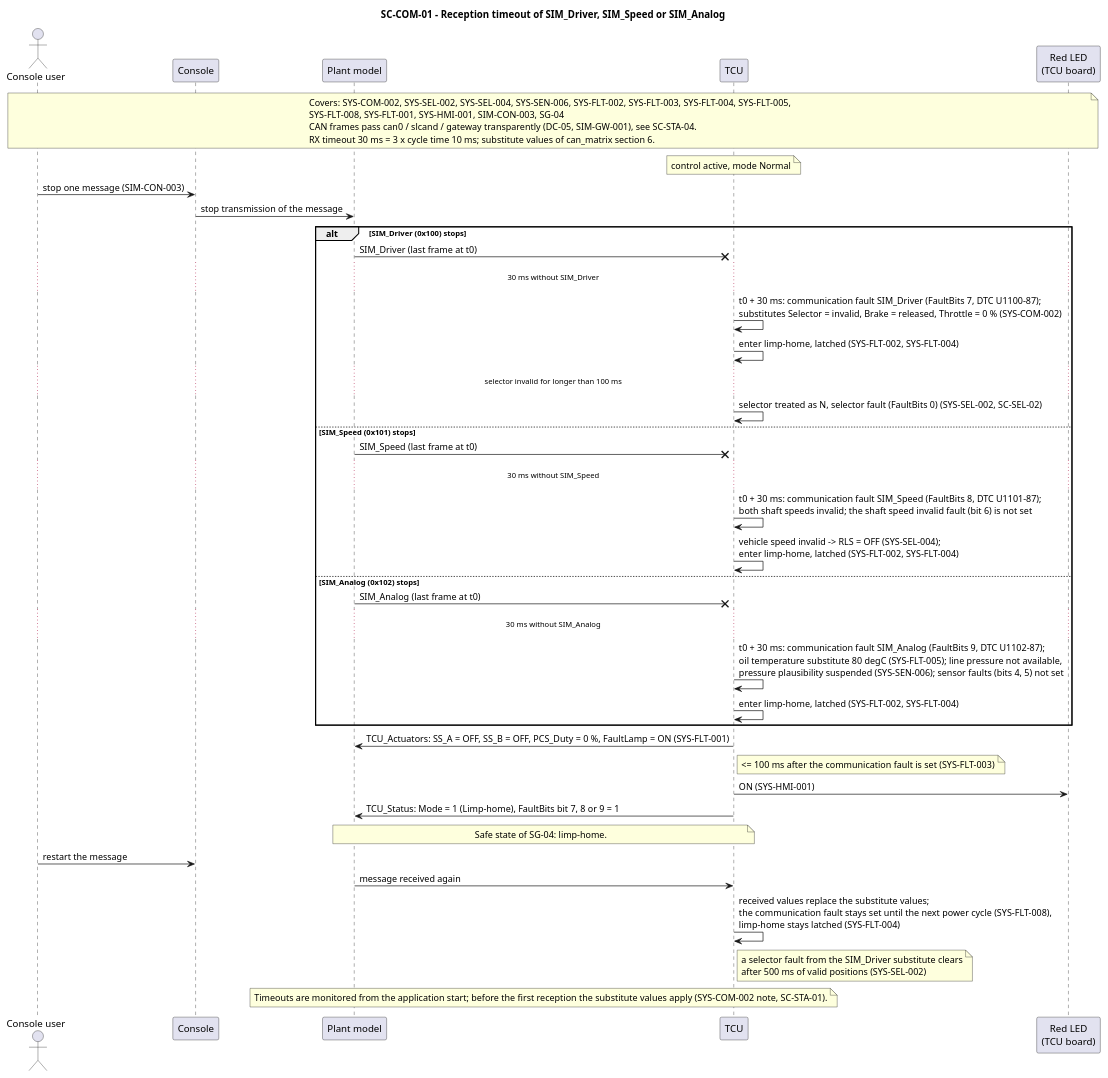
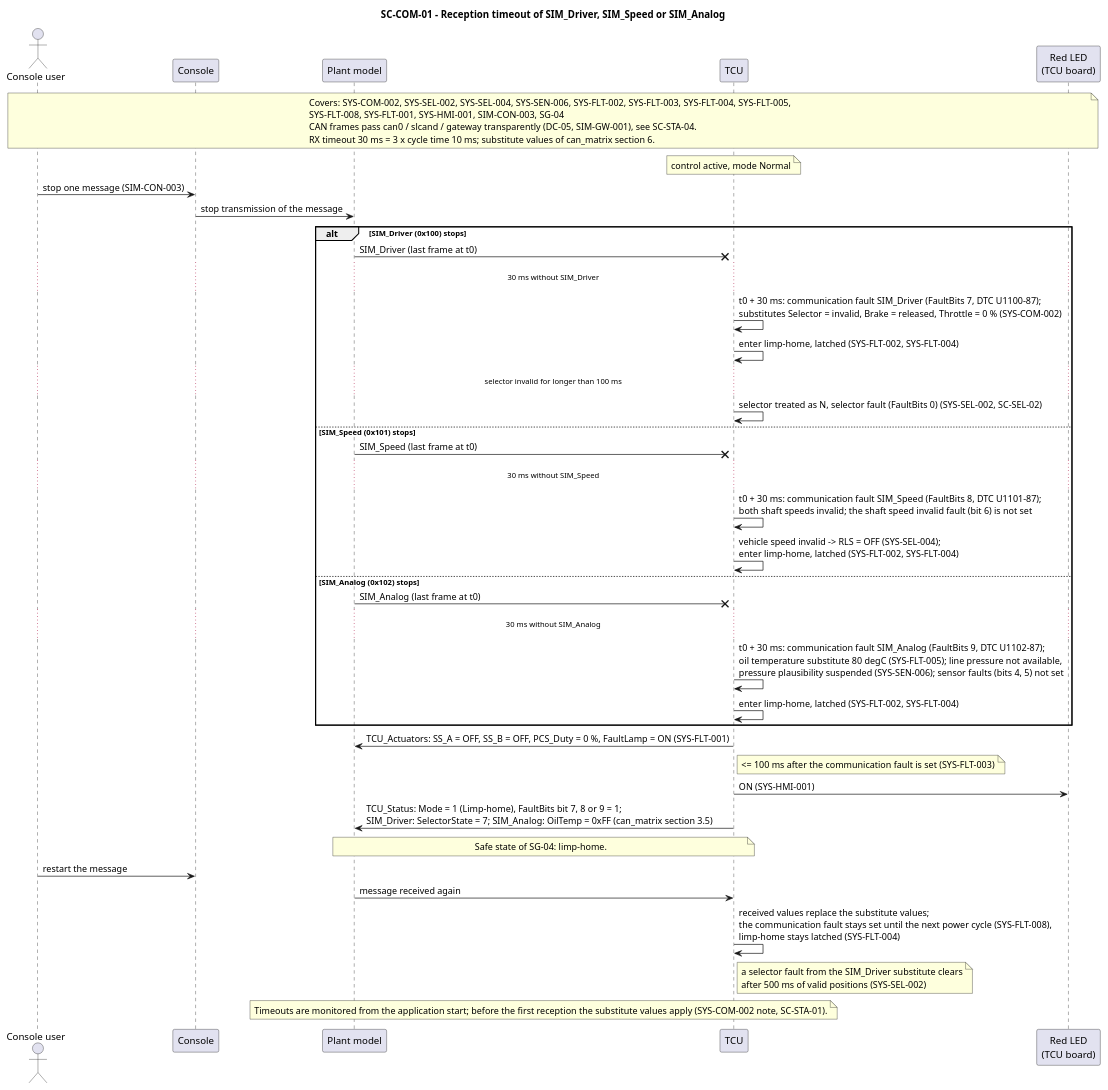
One commit to cavoidcodon/xAT changed the diagram in docs/architecture/system/diagrams/seq_com_rx_timeout.puml. Above: the diagram before and after it, drawn with PlantUML. The commit also changed 16 other files, not shown here.

```diff
--- a/docs/architecture/system/diagrams/seq_com_rx_timeout.puml
+++ b/docs/architecture/system/diagrams/seq_com_rx_timeout.puml
@@ -1,52 +1,52 @@
 @startuml seq_com_rx_timeout
 title SC-COM-01 - Reception timeout of SIM_Driver, SIM_Speed or SIM_Analog
 
 actor "Console user" as User
 participant "Console" as Console
 participant "Plant model" as Plant
 participant "TCU" as TCU
 participant "Red LED\n(TCU board)" as LED
 
 note over User, LED
 Covers: SYS-COM-002, SYS-SEL-002, SYS-SEL-004, SYS-SEN-006, SYS-FLT-002, SYS-FLT-003, SYS-FLT-004, SYS-FLT-005,
 SYS-FLT-008, SYS-FLT-001, SYS-HMI-001, SIM-CON-003, SG-04
 CAN frames pass can0 / slcand / gateway transparently (DC-05, SIM-GW-001), see SC-STA-04.
 RX timeout 30 ms = 3 x cycle time 10 ms; substitute values of can_matrix section 6.
 end note
 
 note over TCU: control active, mode Normal
 User -> Console : stop one message (SIM-CON-003)
 Console -> Plant : stop transmission of the message
 
 alt SIM_Driver (0x100) stops
   Plant ->x TCU : SIM_Driver (last frame at t0)
   ... 30 ms without SIM_Driver ...
   TCU -> TCU : t0 + 30 ms: communication fault SIM_Driver (FaultBits 7, DTC U1100-87);\nsubstitutes Selector = invalid, Brake = released, Throttle = 0 % (SYS-COM-002)
   TCU -> TCU : enter limp-home, latched (SYS-FLT-002, SYS-FLT-004)
   ... selector invalid for longer than 100 ms ...
   TCU -> TCU : selector treated as N, selector fault (FaultBits 0) (SYS-SEL-002, SC-SEL-02)
 else SIM_Speed (0x101) stops
   Plant ->x TCU : SIM_Speed (last frame at t0)
   ... 30 ms without SIM_Speed ...
   TCU -> TCU : t0 + 30 ms: communication fault SIM_Speed (FaultBits 8, DTC U1101-87);\nboth shaft speeds invalid; the shaft speed invalid fault (bit 6) is not set
   TCU -> TCU : vehicle speed invalid -> RLS = OFF (SYS-SEL-004);\nenter limp-home, latched (SYS-FLT-002, SYS-FLT-004)
 else SIM_Analog (0x102) stops
   Plant ->x TCU : SIM_Analog (last frame at t0)
   ... 30 ms without SIM_Analog ...
   TCU -> TCU : t0 + 30 ms: communication fault SIM_Analog (FaultBits 9, DTC U1102-87);\noil temperature substitute 80 degC (SYS-FLT-005); line pressure not available,\npressure plausibility suspended (SYS-SEN-006); sensor faults (bits 4, 5) not set
   TCU -> TCU : enter limp-home, latched (SYS-FLT-002, SYS-FLT-004)
 end
 
 TCU -> Plant : TCU_Actuators: SS_A = OFF, SS_B = OFF, PCS_Duty = 0 %, FaultLamp = ON (SYS-FLT-001)
 note right of TCU: <= 100 ms after the communication fault is set (SYS-FLT-003)
 TCU -> LED : ON (SYS-HMI-001)
-TCU -> Plant : TCU_Status: Mode = 1 (Limp-home), FaultBits bit 7, 8 or 9 = 1
+TCU -> Plant : TCU_Status: Mode = 1 (Limp-home), FaultBits bit 7, 8 or 9 = 1;\nSIM_Driver: SelectorState = 7; SIM_Analog: OilTemp = 0xFF (can_matrix section 3.5)
 note over Plant, TCU: Safe state of SG-04: limp-home.
 
 User -> Console : restart the message
 Plant -> TCU : message received again
 TCU -> TCU : received values replace the substitute values;\nthe communication fault stays set until the next power cycle (SYS-FLT-008),\nlimp-home stays latched (SYS-FLT-004)
 note right of TCU: a selector fault from the SIM_Driver substitute clears\nafter 500 ms of valid positions (SYS-SEL-002)
 
 note over Plant, TCU: Timeouts are monitored from the application start; before the first reception the substitute values apply (SYS-COM-002 note, SC-STA-01).
 @enduml
```
